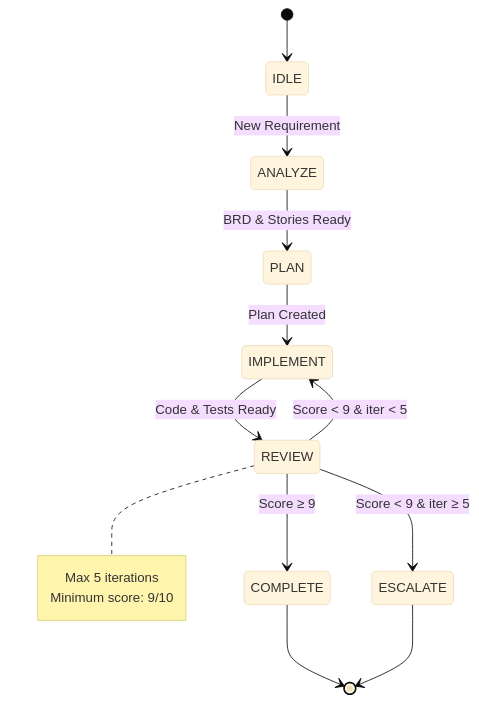
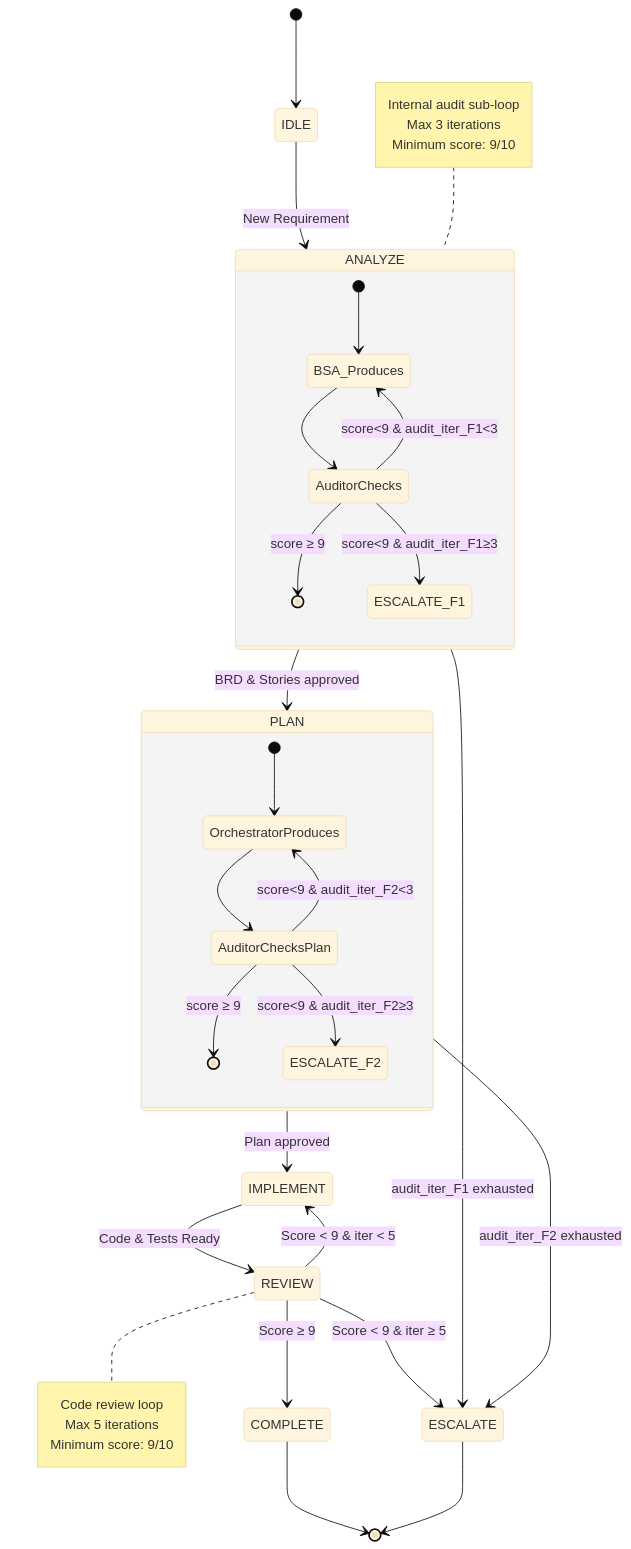
One commit to hgmancholam/novum changed the seventh of 7 diagrams in .github/workflow.md. Above: the diagram before and after it, drawn with Mermaid (base theme). The commit also changed other lines of this file and 9 other files, not shown here.

````diff
--- a/.github/workflow.md
+++ b/.github/workflow.md
@@ -353,24 +421,49 @@
 ```mermaid
 stateDiagram-v2
     [*] --> IDLE
-    
+
     IDLE --> ANALYZE: New Requirement
-    
-    ANALYZE --> PLAN: BRD & Stories Ready
-    
-    PLAN --> IMPLEMENT: Plan Created
-    
+
+    state ANALYZE {
+        [*] --> BSA_Produces
+        BSA_Produces --> AuditorChecks
+        AuditorChecks --> BSA_Produces: score<9 & audit_iter_F1<3
+        AuditorChecks --> [*]: score ≥ 9
+        AuditorChecks --> ESCALATE_F1: score<9 & audit_iter_F1≥3
+    }
+
+    ANALYZE --> PLAN: BRD & Stories approved
+    ANALYZE --> ESCALATE: audit_iter_F1 exhausted
+
+    state PLAN {
+        [*] --> OrchestratorProduces
+        OrchestratorProduces --> AuditorChecksPlan
+        AuditorChecksPlan --> OrchestratorProduces: score<9 & audit_iter_F2<3
+        AuditorChecksPlan --> [*]: score ≥ 9
+        AuditorChecksPlan --> ESCALATE_F2: score<9 & audit_iter_F2≥3
+    }
+
+    PLAN --> IMPLEMENT: Plan approved
+    PLAN --> ESCALATE: audit_iter_F2 exhausted
+
     IMPLEMENT --> REVIEW: Code & Tests Ready
-    
+
     REVIEW --> COMPLETE: Score ≥ 9
     REVIEW --> IMPLEMENT: Score < 9 & iter < 5
     REVIEW --> ESCALATE: Score < 9 & iter ≥ 5
-    
+
     COMPLETE --> [*]
     ESCALATE --> [*]
-    
+
     note right of REVIEW
+        Code review loop
         Max 5 iterations
         Minimum score: 9/10
     end note
+
+    note left of ANALYZE
+        Internal audit sub-loop
+        Max 3 iterations
+        Minimum score: 9/10
+    end note
 ```
````
